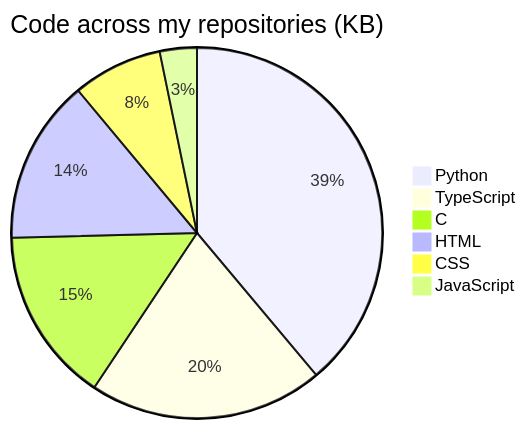
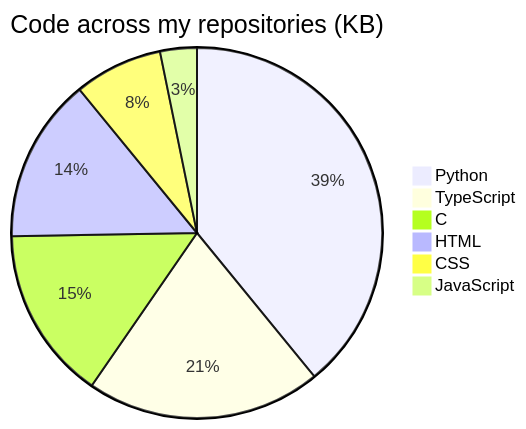
Before and after one commit to KathFK1234/KathFK1234: the second of 3 diagrams in README.md, drawn with Mermaid. The commit also changed 1 other file, not shown here.

Commit message:
Update languages and tools from GitHub

````diff
--- a/README.md
+++ b/README.md
@@ -101,9 +101,9 @@
 ```mermaid
 pie title Code across my repositories (KB)
-    "Python" : 159.9
-    "TypeScript" : 84.1
+    "Python" : 162.1
+    "TypeScript" : 85.1
     "C" : 62.7
-    "HTML" : 59.0
-    "CSS" : 32.2
+    "HTML" : 59.5
+    "CSS" : 32.0
     "JavaScript" : 13.3
 ```
````
